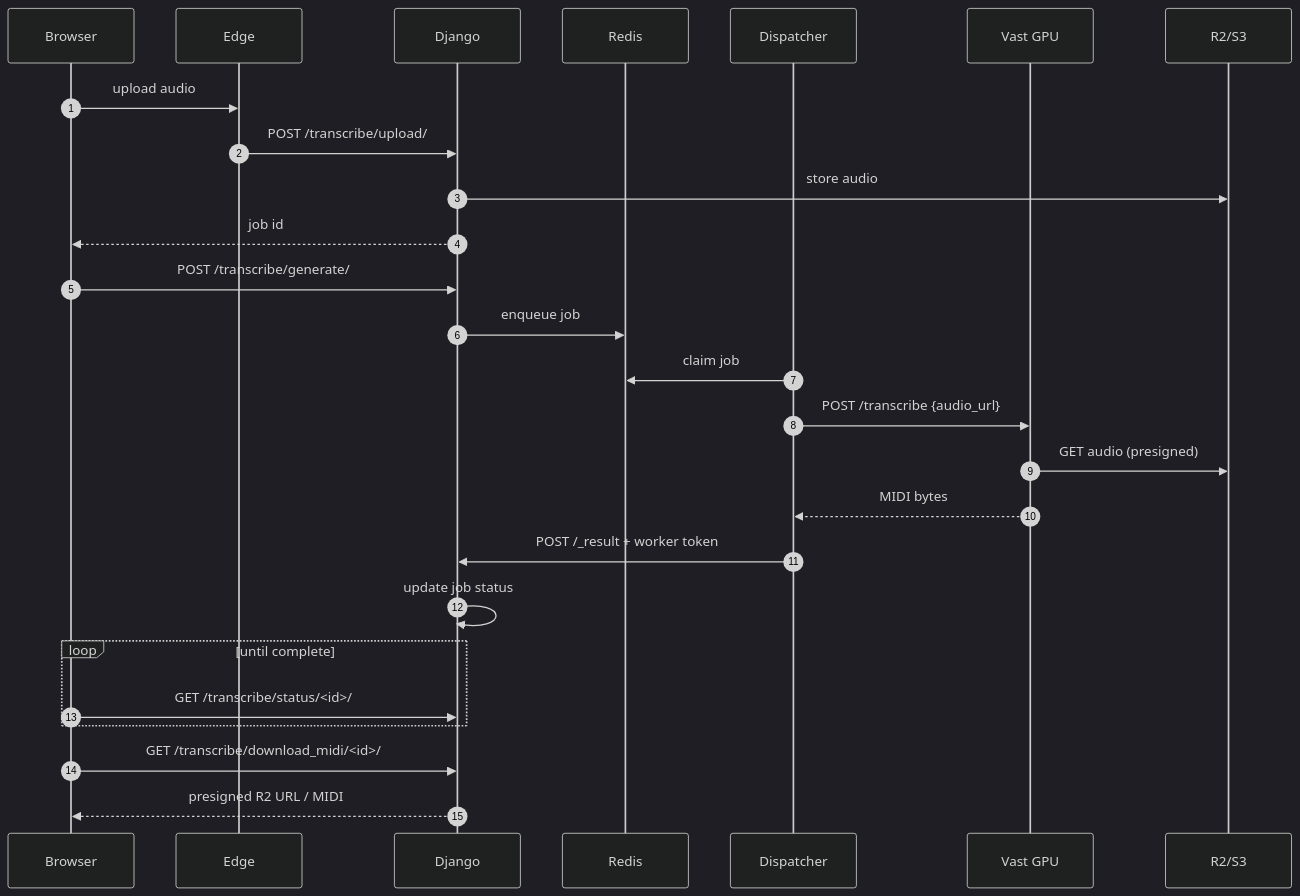
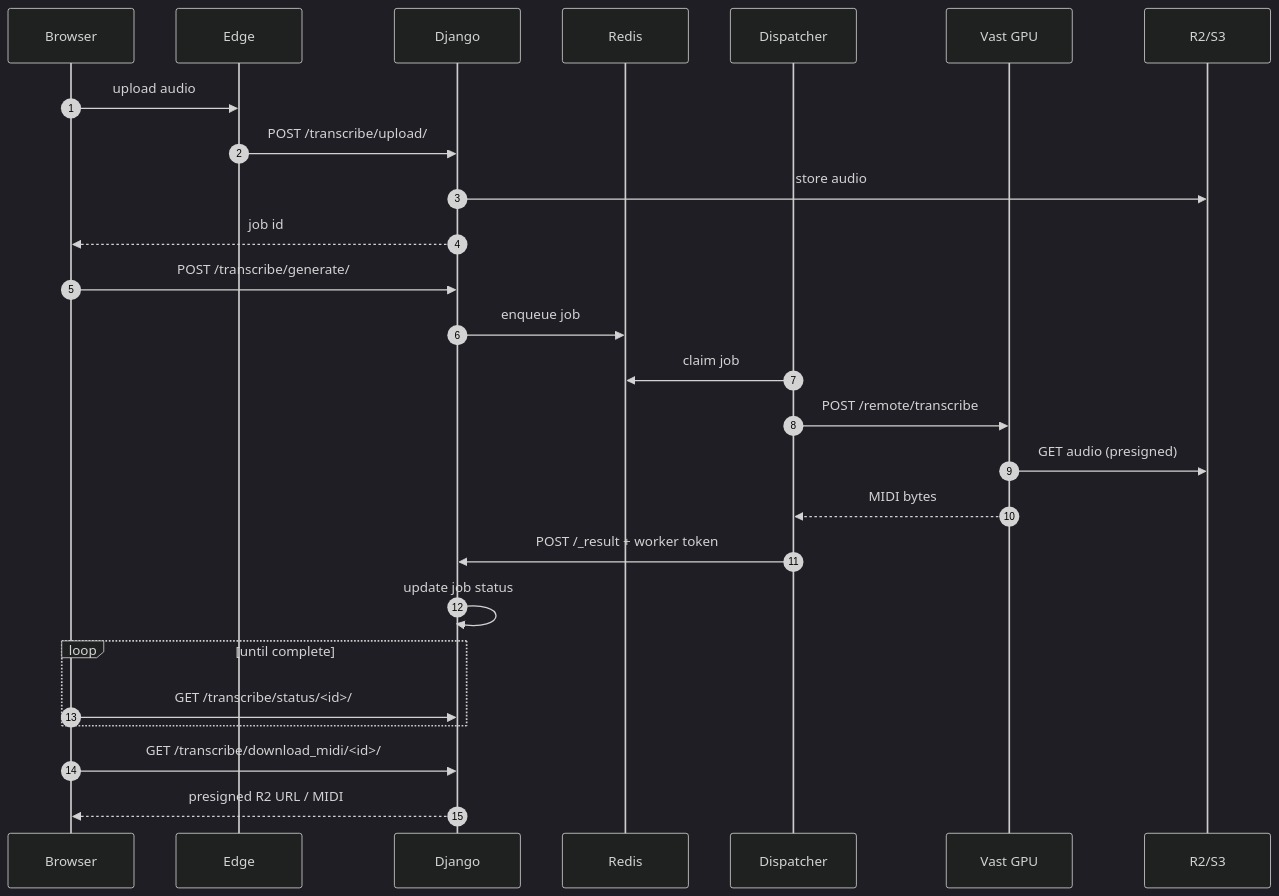
Before and after one commit to osamja/whats-the-tab: the second of 2 diagrams in docs/architecture.md, drawn with Mermaid (dark theme). The commit also changed other lines of this file and 17 other files, not shown here.

````diff
--- a/docs/architecture.md
+++ b/docs/architecture.md
@@ -66,29 +66,29 @@
 ```mermaid
 sequenceDiagram
   autonumber
   participant B as Browser
   participant E as Edge
   participant D as Django
   participant R as Redis
   participant W as Dispatcher
   participant V as Vast GPU
   participant O as R2/S3
 
   B->>E: upload audio
   E->>D: POST /transcribe/upload/
   D->>O: store audio
   D-->>B: job id
   B->>D: POST /transcribe/generate/
   D->>R: enqueue job
   W->>R: claim job
-  W->>V: POST /transcribe {audio_url}
+  W->>V: POST /remote/transcribe
   V->>O: GET audio (presigned)
   V-->>W: MIDI bytes
   W->>D: POST /_result + worker token
   D->>D: update job status
   loop until complete
     B->>D: GET /transcribe/status/<id>/
   end
   B->>D: GET /transcribe/download_midi/<id>/
   D-->>B: presigned R2 URL / MIDI
 ```
````
